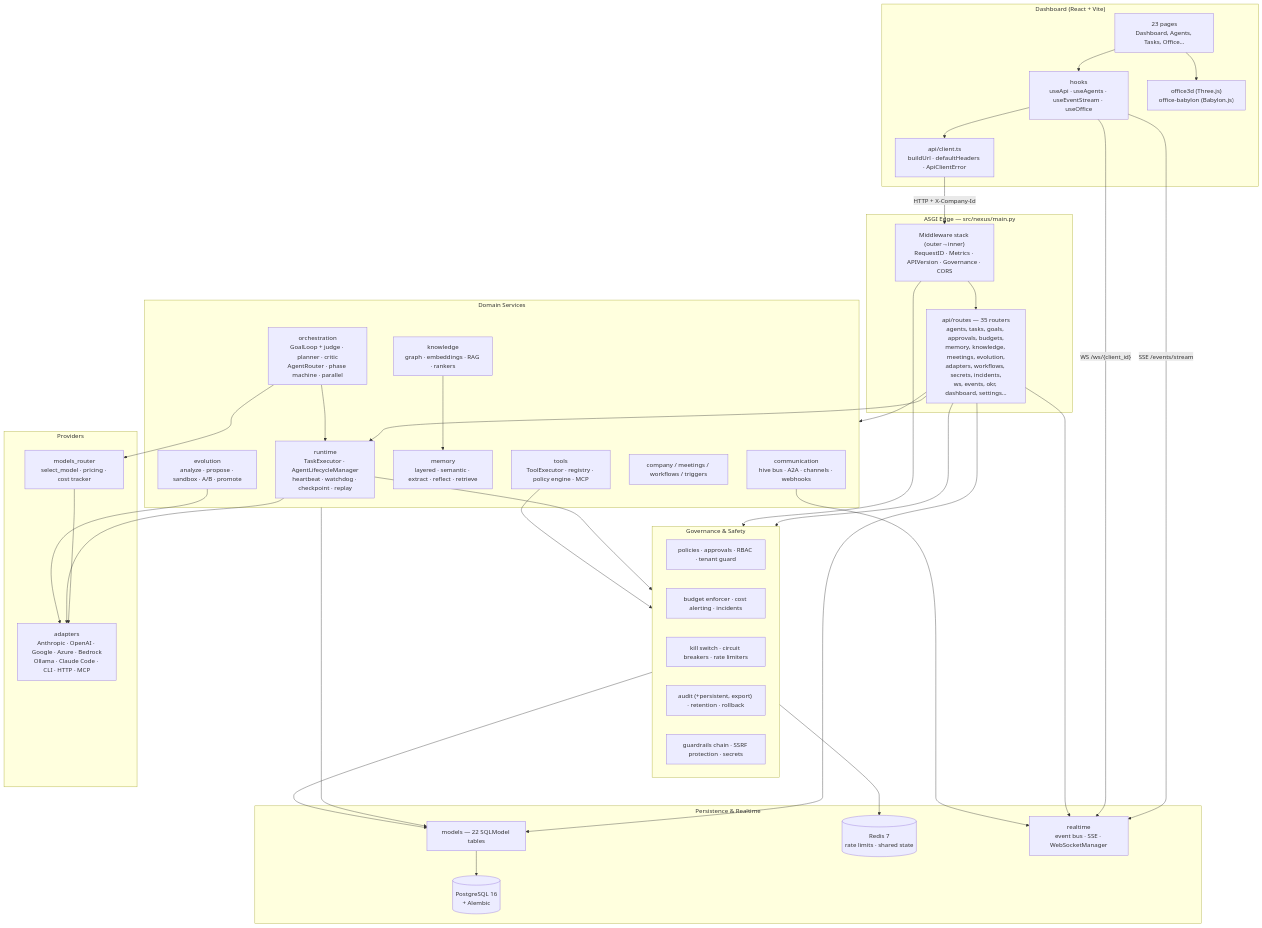
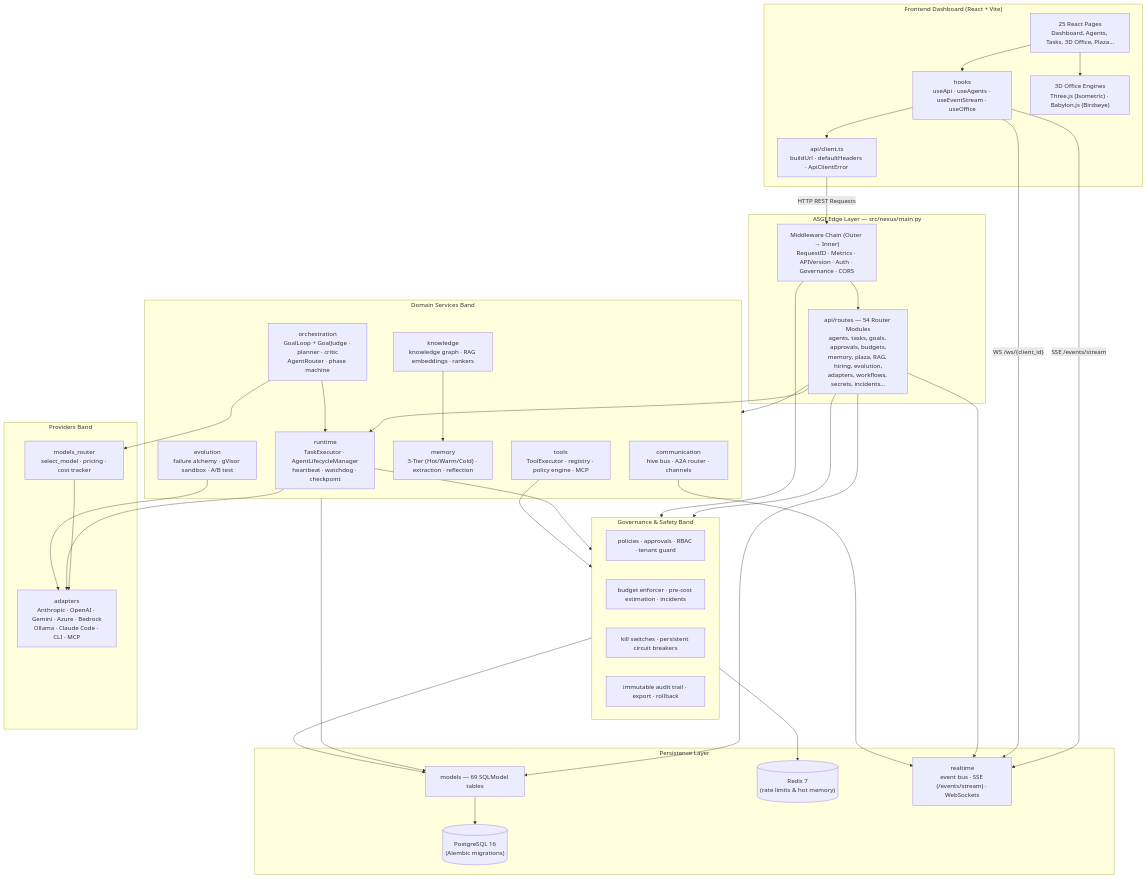
The diagram in ARCHITECTURE.md (naviyanka/NVLabsCompany), drawn with Mermaid before and after one commit. The commit also changed other lines of this file and 10 other files, not shown here.

````diff
--- a/ARCHITECTURE.md
+++ b/ARCHITECTURE.md
@@ -89,73 +58,71 @@
 ```mermaid
 graph TB
-    subgraph Client["Dashboard (React + Vite)"]
-        Pages["23 pages<br/>Dashboard, Agents, Tasks, Office…"]
+    subgraph Client["Frontend Dashboard (React + Vite)"]
+        Pages["25 React Pages<br/>Dashboard, Agents, Tasks, 3D Office, Plaza…"]
         Hooks["hooks<br/>useApi · useAgents · useEventStream · useOffice"]
         ApiC["api/client.ts<br/>buildUrl · defaultHeaders · ApiClientError"]
-        Office3D["office3d (Three.js)<br/>office-babylon (Babylon.js)"]
+        Office3D["3D Office Engines<br/>Three.js (Isometric) · Babylon.js (Birdseye)"]
         Pages --> Hooks --> ApiC
         Pages --> Office3D
     end
 
-    subgraph Edge["ASGI Edge — src/nexus/main.py"]
-        MW["Middleware stack (outer→inner)<br/>RequestID · Metrics · APIVersion · Governance · CORS"]
-        Routes["api/routes — 35 routers<br/>agents, tasks, goals, approvals, budgets,<br/>memory, knowledge, meetings, evolution,<br/>adapters, workflows, secrets, incidents,<br/>ws, events, okr, dashboard, settings…"]
+    subgraph Edge["ASGI Edge Layer — src/nexus/main.py"]
+        MW["Middleware Chain (Outer → Inner)<br/>RequestID · Metrics · APIVersion · Auth · Governance · CORS"]
+        Routes["api/routes — 54 Router Modules<br/>agents, tasks, goals, approvals, budgets,<br/>memory, plaza, RAG, hiring, evolution,<br/>adapters, workflows, secrets, incidents…"]
         MW --> Routes
     end
 
-    subgraph Domain["Domain Services"]
-        Runtime["runtime<br/>TaskExecutor · AgentLifecycleManager<br/>heartbeat · watchdog · checkpoint · replay"]
-        Orch["orchestration<br/>GoalLoop + judge · planner · critic<br/>AgentRouter · phase machine · parallel"]
+    subgraph Domain["Domain Services Band"]
+        Runtime["runtime<br/>TaskExecutor · AgentLifecycleManager<br/>heartbeat · watchdog · checkpoint"]
+        Orch["orchestration<br/>GoalLoop + GoalJudge · planner · critic<br/>AgentRouter · phase machine"]
         Tools["tools<br/>ToolExecutor · registry · policy engine · MCP"]
-        Mem["memory<br/>layered · semantic · extract · reflect · retrieve"]
-        Know["knowledge<br/>graph · embeddings · RAG · rankers"]
-        Comm["communication<br/>hive bus · A2A · channels · webhooks"]
-        CompanyM["company / meetings / workflows / triggers"]
-        Evo["evolution<br/>analyze · propose · sandbox · A/B · promote"]
+        Mem["memory<br/>3-Tier (Hot/Warm/Cold) · extraction · reflection"]
+        Know["knowledge<br/>knowledge graph · RAG embeddings · rankers"]
+        Comm["communication<br/>hive bus · A2A router · channels"]
+        Evo["evolution<br/>failure alchemy · gVisor sandbox · A/B test"]
     end
 
-    subgraph Gov["Governance & Safety"]
+    subgraph Gov["Governance & Safety Band"]
         Pol["policies · approvals · RBAC · tenant guard"]
-        Budget["budget enforcer · cost alerting · incidents"]
-        Safety["kill switch · circuit breakers · rate limiters"]
-        Audit["audit (+persistent, export) · retention · rollback"]
-        Guard["guardrails chain · SSRF protection · secrets"]
+        Budget["budget enforcer · pre-cost estimation · incidents"]
+        Safety["kill switches · persistent circuit breakers"]
+        Audit["immutable audit trail · export · rollback"]
     end
 
-    subgraph Providers["Providers"]
+    subgraph Providers["Providers Band"]
         MRouter["models_router<br/>select_model · pricing · cost tracker"]
-        Adapters["adapters<br/>Anthropic · OpenAI · Google · Azure · Bedrock<br/>Ollama · Claude Code · CLI · HTTP · MCP"]
+        Adapters["adapters<br/>Anthropic · OpenAI · Gemini · Azure · Bedrock<br/>Ollama · Claude Code · CLI · MCP"]
         MRouter --> Adapters
     end
 
-    subgraph Data["Persistence & Realtime"]
-        Models["models — 22 SQLModel tables"]
-        PG[("PostgreSQL 16<br/>+ Alembic")]
-        Redis[("Redis 7<br/>rate limits · shared state")]
-        RT["realtime<br/>event bus · SSE · WebSocketManager"]
+    subgraph Data["Persistence Layer"]
+        Models["models — 69 SQLModel tables"]
+        PG[("PostgreSQL 16<br/>(Alembic migrations)")]
+        Redis[("Redis 7<br/>(rate limits & hot memory)")]
+        RT["realtime<br/>event bus · SSE (/events/stream) · WebSockets"]
         Models --> PG
     end
 
-    ApiC -->|"HTTP + X-Company-Id"| MW
+    ApiC -->|"HTTP REST Requests"| MW
     Hooks -->|"SSE /events/stream"| RT
     Hooks -->|"WS /ws/{client_id}"| RT
 
     Routes --> Runtime
     Routes --> Domain
     Routes --> Gov
     Routes --> Models
     Routes --> RT
 
     MW --> Gov
     Runtime --> Gov
     Tools --> Gov
     Runtime --> Adapters
     Orch --> Runtime
     Orch --> MRouter
     Evo --> Adapters
     Know --> Mem
     Domain --> Models
     Gov --> Redis
     Gov --> Models
     Comm --> RT
 ```
````
